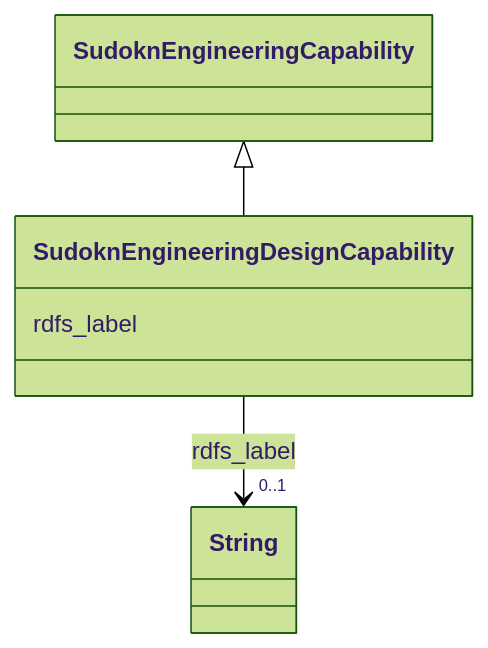
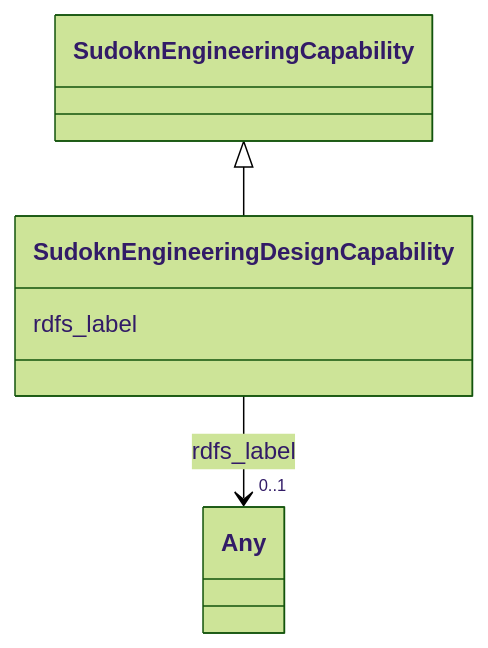
Before and after one commit to frink-okn/graph-descriptions: the diagram in sudokn-kg/classes/SudoknEngineeringDesignCapability.md, drawn with Mermaid (forest theme). The commit also changed other lines of this file and 903 other files, not shown here.

````diff
--- a/sudokn-kg/classes/SudoknEngineeringDesignCapability.md
+++ b/sudokn-kg/classes/SudoknEngineeringDesignCapability.md
@@ -23,18 +18,18 @@
 ```mermaid
  classDiagram
     class SudoknEngineeringDesignCapability
     click SudoknEngineeringDesignCapability href "../SudoknEngineeringDesignCapability"
       SudoknEngineeringCapability <|-- SudoknEngineeringDesignCapability
         click SudoknEngineeringCapability href "../SudoknEngineeringCapability"
       
       SudoknEngineeringDesignCapability : rdfs_label
         
           
     
     
-    SudoknEngineeringDesignCapability --> "0..1" String : rdfs_label
-    click String href "../String"
+    SudoknEngineeringDesignCapability --> "0..1" Any : rdfs_label
+    click Any href "../Any"
 
         
       
 ```
````
